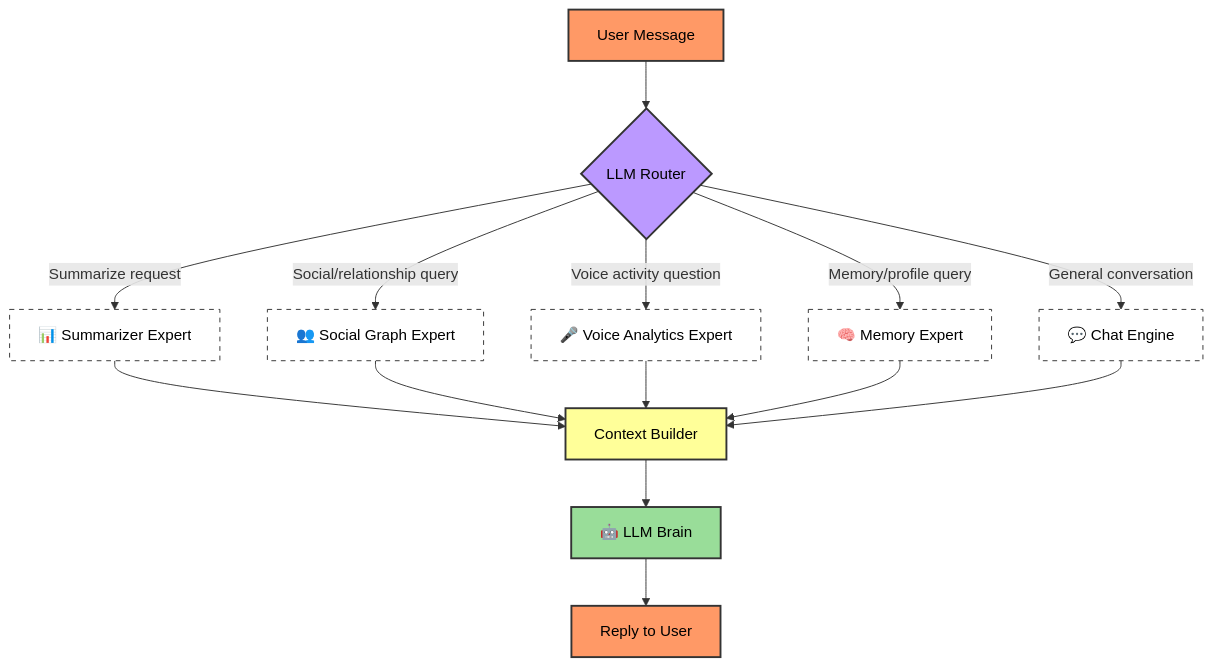
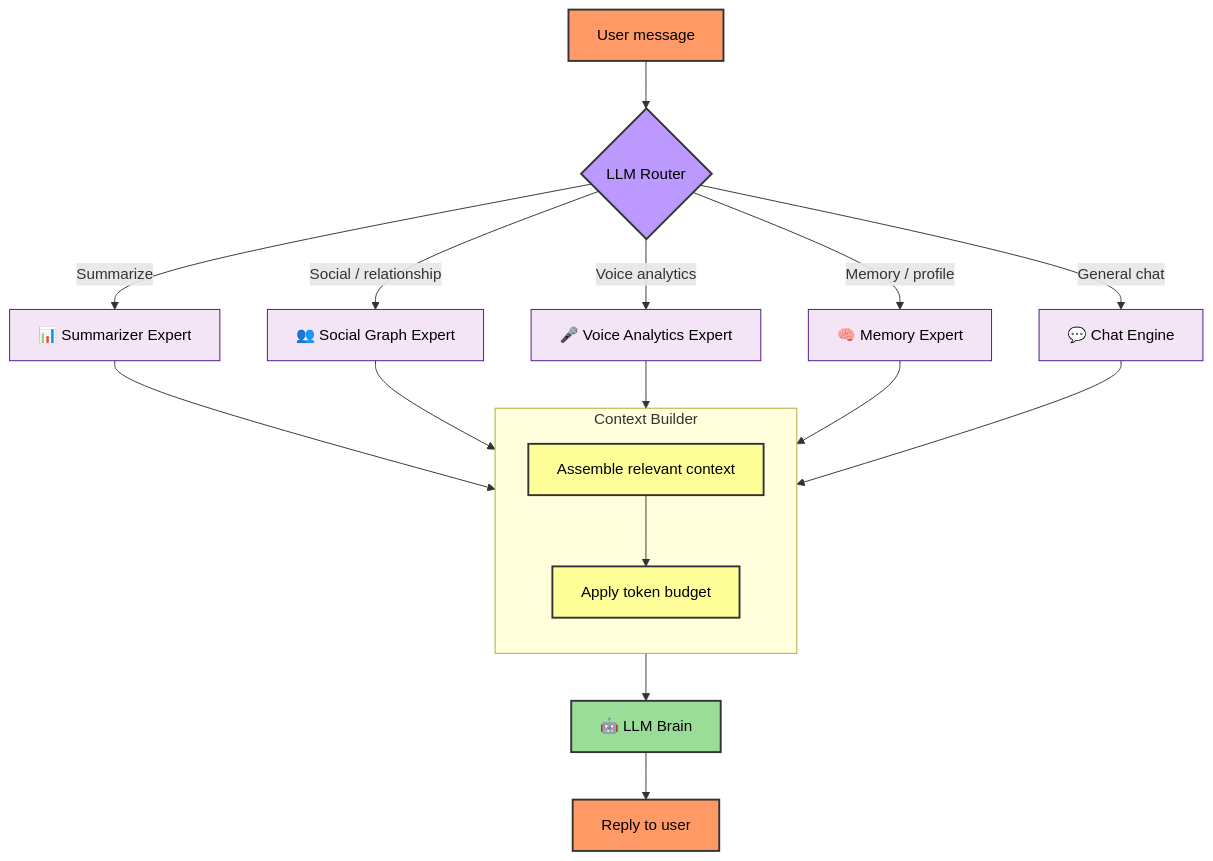
The fourth of 6 diagrams in docs/AGENTIC_ARCHITECTURE.md (BokX1/Sage), drawn with Mermaid before and after one commit. The commit also changed other lines of this file and 16 other files, not shown here.

````diff
--- a/docs/AGENTIC_ARCHITECTURE.md
+++ b/docs/AGENTIC_ARCHITECTURE.md
@@ -199,26 +213,31 @@
 ```mermaid
 flowchart TD
-    %% Styling
+    %% Router selects experts, then builds a single prompt for the LLM.
     classDef user fill:#f96,stroke:#333,stroke-width:2px,color:black
     classDef router fill:#b9f,stroke:#333,stroke-width:2px,color:black
-    classDef expert fill:#fff,stroke:#333,stroke-width:1px,stroke-dasharray: 5 5,color:black
+    classDef expert fill:#f3e5f5,stroke:#4a148c,color:black
     classDef context fill:#ff9,stroke:#333,stroke-width:2px,color:black
     classDef llm fill:#9d9,stroke:#333,stroke-width:2px,color:black
 
-    M[User Message]:::user --> R{LLM Router}:::router
-    
-    R -->|Summarize request| S[📊 Summarizer Expert]:::expert
-    R -->|Social/relationship query| G[👥 Social Graph Expert]:::expert
-    R -->|Voice activity question| V[🎤 Voice Analytics Expert]:::expert
-    R -->|Memory/profile query| P[🧠 Memory Expert]:::expert
-    R -->|General conversation| C[💬 Chat Engine]:::expert
-    
-    S --> CTX[Context Builder]:::context
+    M[User message]:::user --> R{LLM Router}:::router
+
+    R -->|Summarize| S[📊 Summarizer Expert]:::expert
+    R -->|Social / relationship| G[👥 Social Graph Expert]:::expert
+    R -->|Voice analytics| V[🎤 Voice Analytics Expert]:::expert
+    R -->|Memory / profile| P[🧠 Memory Expert]:::expert
+    R -->|General chat| C[💬 Chat Engine]:::expert
+
+    subgraph Context["Context Builder"]
+        direction TB
+        CTX[Assemble relevant context]:::context
+        BUDGET[Apply token budget]:::context
+    end
+
+    S --> CTX
     G --> CTX
     V --> CTX
     P --> CTX
     C --> CTX
-    
-    CTX --> LLM[🤖 LLM Brain]:::llm
-    LLM --> Response[Reply to User]:::user
+
+    CTX --> BUDGET --> LLM[🤖 LLM Brain]:::llm --> OUT[Reply to user]:::user
 ```
````
